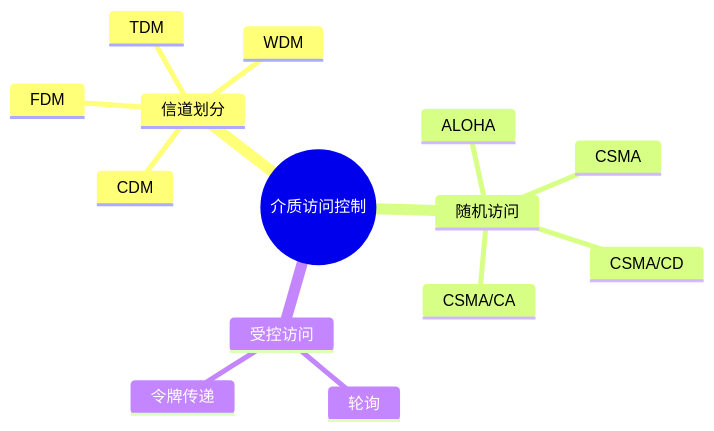
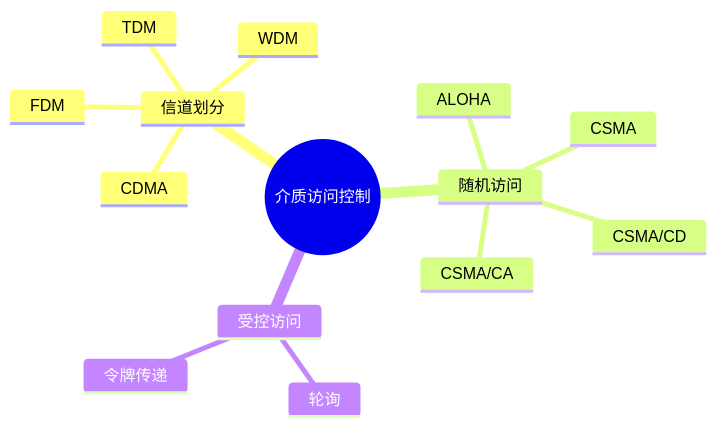
One commit to ActiveInsighter/fumadocs-study changed the diagram in content/docs/408/knowledge2/computer_network/03-data-link-layer/02-mac-contention.mdx. Above: the diagram before and after it, drawn with Mermaid. The commit also changed other lines of this file and 85 other files, not shown here.

````diff
--- a/content/docs/408/knowledge2/computer_network/03-data-link-layer/02-mac-contention.mdx
+++ b/content/docs/408/knowledge2/computer_network/03-data-link-layer/02-mac-contention.mdx
@@ -39,17 +20,17 @@
 ```mermaid
 mindmap
   root((介质访问控制))
     信道划分
       FDM
       TDM
       WDM
-      CDM
+      CDMA
     随机访问
       ALOHA
       CSMA
       CSMA/CD
       CSMA/CA
     受控访问
       轮询
       令牌传递
 ```
````
